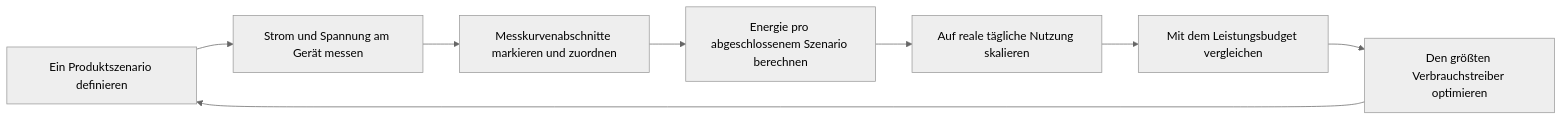
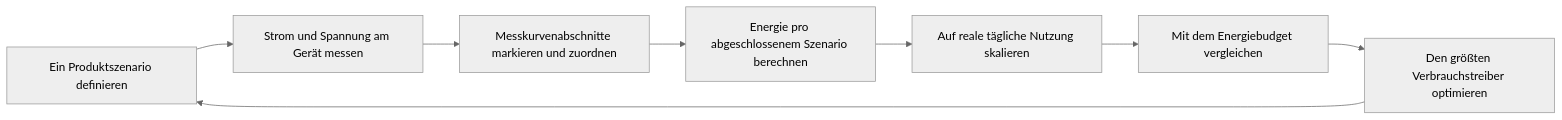
The third of 3 diagrams in docs_de/learn/bluetooth/bluetooth-low-power-profiling.md (uForge-io/uforge-site), drawn with Mermaid (neutral theme) before and after one commit. The commit also changed other lines of this file and 500 other files, not shown here.

````diff
--- a/docs_de/learn/bluetooth/bluetooth-low-power-profiling.md
+++ b/docs_de/learn/bluetooth/bluetooth-low-power-profiling.md
@@ -252,10 +252,10 @@
 ```mermaid
 flowchart LR
     A["Ein Produktszenario definieren"] --> B["Strom und Spannung am Gerät messen"]
     B --> C["Messkurvenabschnitte markieren und zuordnen"]
     C --> D["Energie pro abgeschlossenem Szenario berechnen"]
     D --> E["Auf reale tägliche Nutzung skalieren"]
-    E --> F["Mit dem Leistungsbudget vergleichen"]
+    E --> F["Mit dem Energiebudget vergleichen"]
     F --> G["Den größten Verbrauchstreiber optimieren"]
     G --> A
 ```
````
